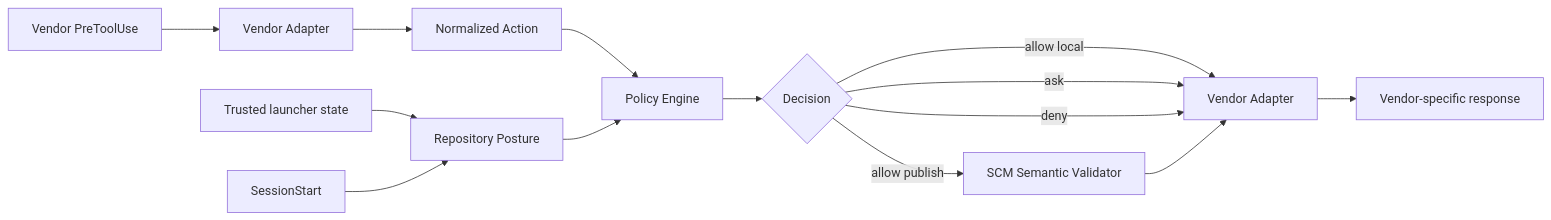
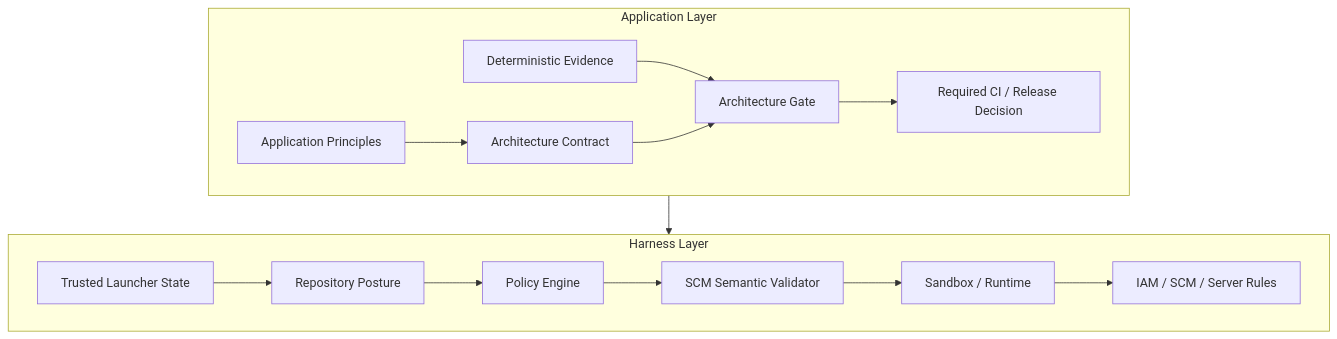
Before and after one commit to tomo-chan/agent-harness: the diagram in AGENTS.md, drawn with Mermaid. The commit also changed other lines of this file, not shown here.

Commit message:
docs: codify application-layer architecture gate invariants

````diff
--- a/AGENTS.md
+++ b/AGENTS.md
@@ -54,16 +55,19 @@
 ```mermaid
-flowchart LR
-    TL[Trusted launcher state] --> RP[Repository Posture]
-    SS[SessionStart] --> RP
-    V[Vendor PreToolUse] --> A1[Vendor Adapter]
-    A1 --> N[Normalized Action]
-    N --> P[Policy Engine]
-    RP --> P
-    P --> D{Decision}
-    D -->|allow publish| SV[SCM Semantic Validator]
-    D -->|allow local| A2[Vendor Adapter]
-    D -->|ask| A2
-    D -->|deny| A2
-    SV --> A2
-    A2 --> R[Vendor-specific response]
+flowchart TB
+    subgraph APP[Application Layer]
+        AP[Application Principles] --> AC[Architecture Contract]
+        EV[Deterministic Evidence] --> AG[Architecture Gate]
+        AC --> AG
+        AG --> CI[Required CI / Release Decision]
+    end
+
+    subgraph H[Harness Layer]
+        TL[Trusted Launcher State] --> RP[Repository Posture]
+        RP --> P[Policy Engine]
+        P --> SV[SCM Semantic Validator]
+        SV --> SB[Sandbox / Runtime]
+        SB --> IAM[IAM / SCM / Server Rules]
+    end
+
+    APP --> H
 ```
````
